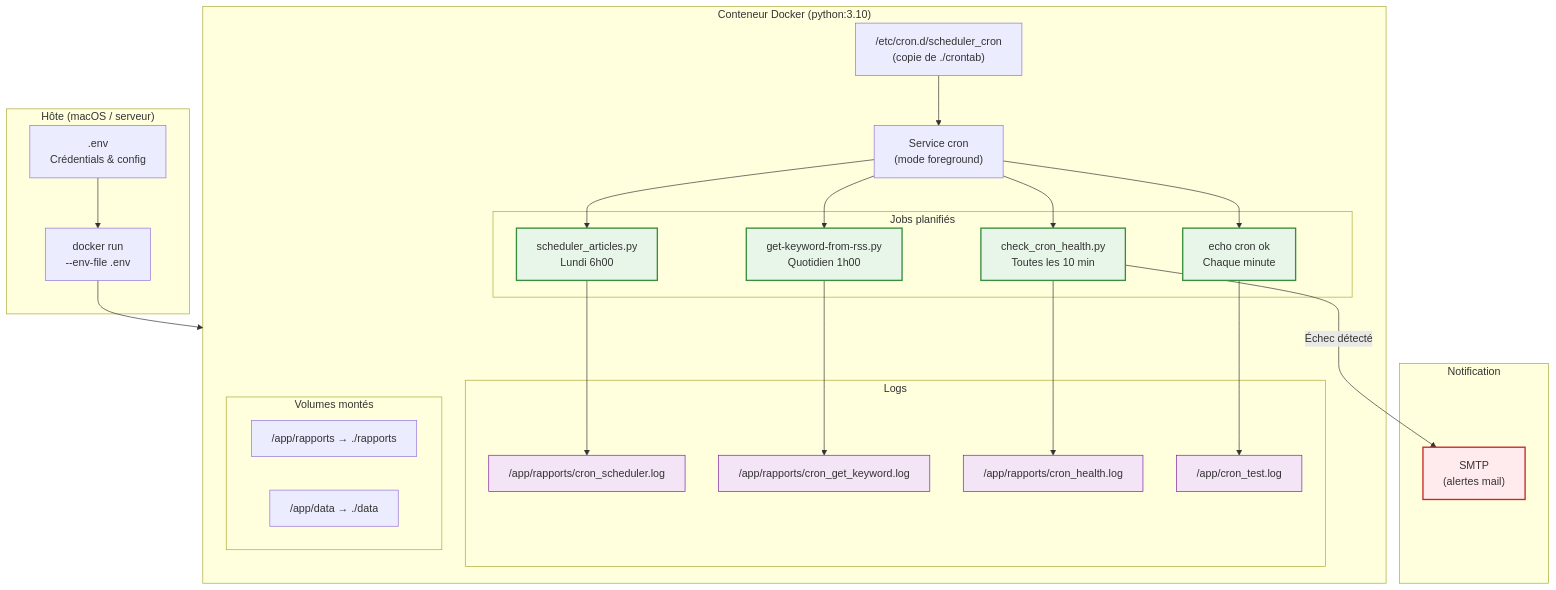
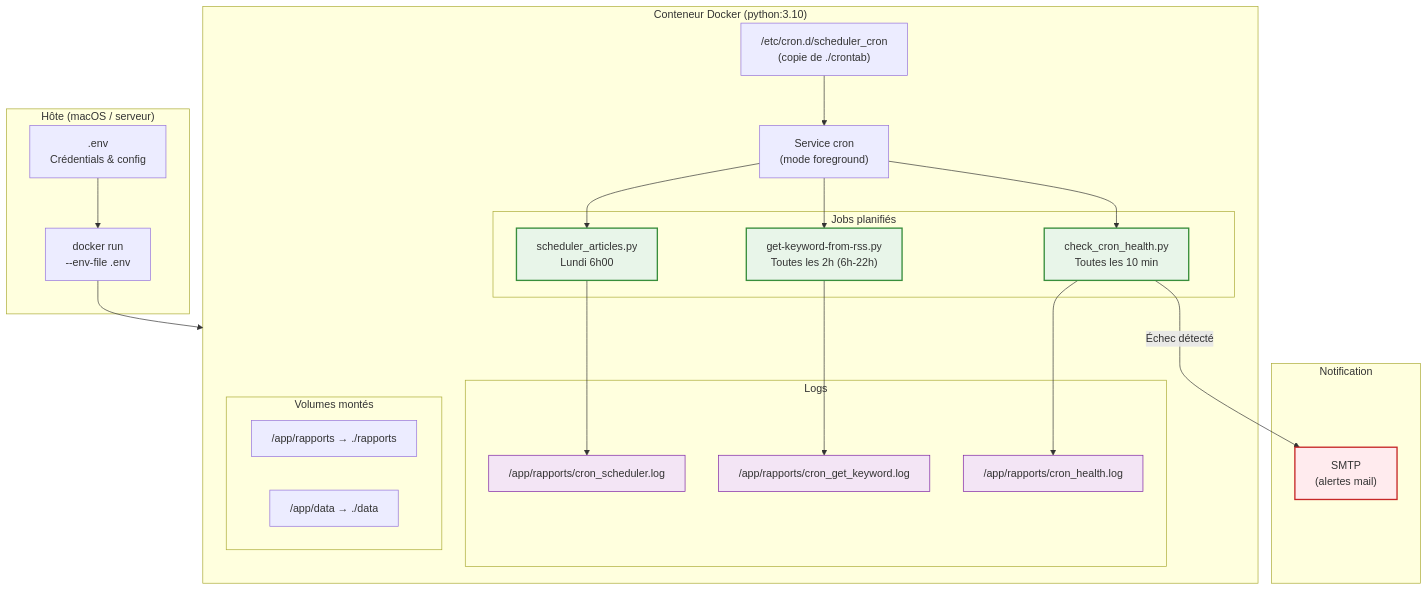
One commit to pat-the-geek/AnalyseActualites changed the first of 3 diagrams in docs/CRON_DOCKER_README.md. Above: the diagram before and after it, drawn with Mermaid. The commit also changed other lines of this file and 17 other files, not shown here.

````diff
--- a/docs/CRON_DOCKER_README.md
+++ b/docs/CRON_DOCKER_README.md
@@ -38,52 +37,49 @@
 ```mermaid
 flowchart TB
     subgraph HOST["Hôte (macOS / serveur)"]
         ENV[".env\nCrédentials & config"]
         DOCKER_CMD["docker run\n--env-file .env"]
     end
 
     subgraph CONTAINER["Conteneur Docker (python:3.10)"]
         CRON_SVC["Service cron\n(mode foreground)"]
         CRONTAB["/etc/cron.d/scheduler_cron\n(copie de ./crontab)"]
 
         subgraph JOBS["Jobs planifiés"]
             J1["scheduler_articles.py\nLundi 6h00"]
-            J2["get-keyword-from-rss.py\nQuotidien 1h00"]
+            J2["get-keyword-from-rss.py\nToutes les 2h (6h-22h)"]
             J3["check_cron_health.py\nToutes les 10 min"]
-            J4["echo cron ok\nChaque minute"]
         end
 
         subgraph LOGS["Logs"]
             L1["/app/rapports/cron_scheduler.log"]
             L2["/app/rapports/cron_get_keyword.log"]
             L3["/app/rapports/cron_health.log"]
-            L4["/app/cron_test.log"]
         end
 
         subgraph VOLUMES["Volumes montés"]
             V1["/app/rapports → ./rapports"]
             V2["/app/data → ./data"]
         end
     end
 
     subgraph ALERT["Notification"]
         SMTP["SMTP\n(alertes mail)"]
     end
 
     ENV --> DOCKER_CMD
     DOCKER_CMD --> CONTAINER
     CRONTAB --> CRON_SVC
-    CRON_SVC --> J1 & J2 & J3 & J4
+    CRON_SVC --> J1 & J2 & J3
     J1 --> L1
     J2 --> L2
     J3 --> L3
-    J4 --> L4
     J3 -->|Échec détecté| SMTP
 
     classDef job fill:#e8f5e9,stroke:#388e3c,stroke-width:2px
     classDef log fill:#f3e5f5,stroke:#7b1fa2,stroke-width:1px
     classDef alert fill:#ffebee,stroke:#c62828,stroke-width:2px
-    class J1,J2,J3,J4 job
-    class L1,L2,L3,L4 log
+    class J1,J2,J3 job
+    class L1,L2,L3 log
     class SMTP alert
 ```
````
